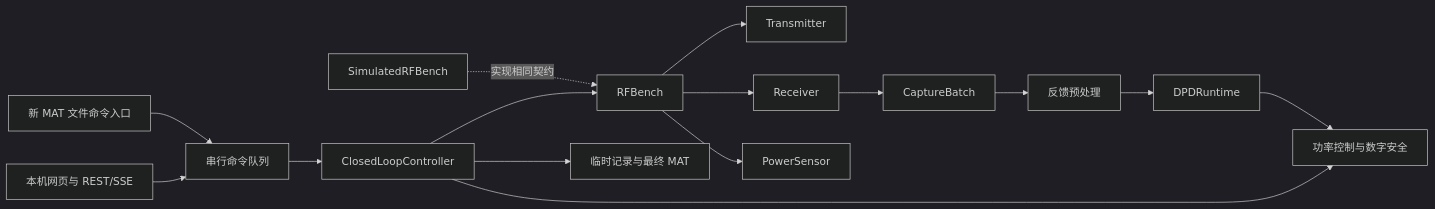
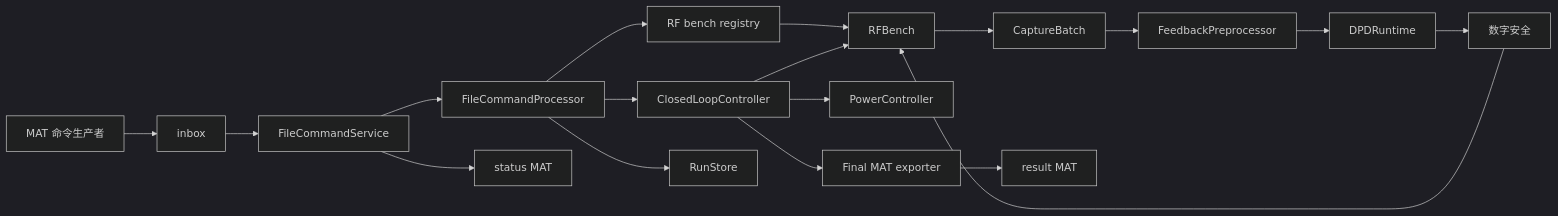
One commit to ChenLong1989/remote-dpd changed the diagram in docs/system_design.md. Above: the diagram before and after it, drawn with Mermaid (dark theme). The commit also changed other lines of this file and 33 other files, not shown here.

````diff
--- a/docs/system_design.md
+++ b/docs/system_design.md
@@ -11,17 +65,20 @@
 ```mermaid
 flowchart LR
-    Web[本机网页与 REST/SSE] --> Commands[串行命令队列]
-    File[新 MAT 文件命令入口] --> Commands
-    Commands --> Controller[ClosedLoopController]
-    Controller --> Safety[功率控制与数字安全]
-    Controller --> Bench[RFBench]
-    Bench --> Tx[Transmitter]
-    Bench --> Rx[Receiver]
-    Bench --> Power[PowerSensor]
-    Rx --> Capture[CaptureBatch]
-    Capture --> Preprocess[反馈预处理]
-    Preprocess --> Runtime[DPDRuntime]
-    Runtime --> Safety
-    Controller --> Store[临时记录与最终 MAT]
-    Sim[SimulatedRFBench] -.实现相同契约.-> Bench
+    Producer[MAT 命令生产者] --> Inbox[inbox]
+    Inbox --> File[FileCommandService]
+    File --> Processor[FileCommandProcessor]
+    Processor --> Registry[RF bench registry]
+    Registry --> Bench[RFBench]
+    Processor --> Controller[ClosedLoopController]
+    Controller --> Power[PowerController]
+    Controller --> Bench
+    Bench --> Capture[CaptureBatch]
+    Capture --> Pre[FeedbackPreprocessor]
+    Pre --> Runtime[DPDRuntime]
+    Runtime --> Safety[数字安全]
+    Safety --> Bench
+    Processor --> Store[RunStore]
+    Controller --> Export[Final MAT exporter]
+    File --> Status[status MAT]
+    Export --> Result[result MAT]
 ```
````
